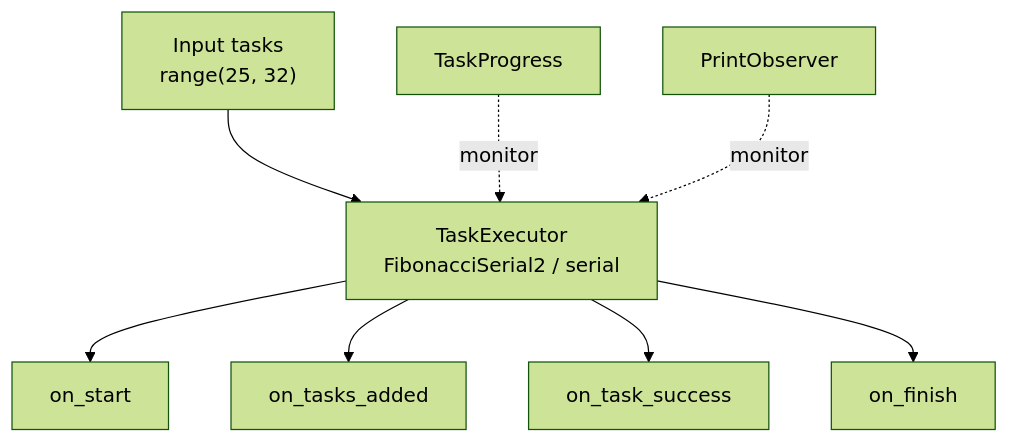
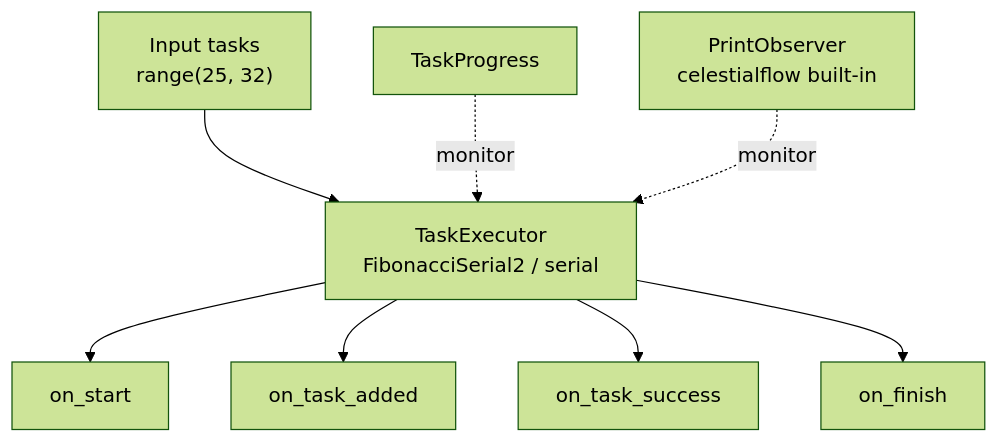
The diagram in docs/en/demo/demo_observer.md (Mr-xiaotian/CelestialFlow), drawn with Mermaid (forest theme) before and after one commit. The commit also changed other lines of this file and 211 other files, not shown here.

````diff
--- a/docs/en/demo/demo_observer.md
+++ b/docs/en/demo/demo_observer.md
@@ -25,10 +25,10 @@
 ```mermaid
 flowchart TB
     Input["Input tasks<br/>range(25, 32)"] --> Executor["TaskExecutor<br/>FibonacciSerial2 / serial"]
     Progress["TaskProgress"] -.monitor.-> Executor
-    Custom["PrintObserver"] -.monitor.-> Executor
+    Custom["PrintObserver<br/>celestialflow built-in"] -.monitor.-> Executor
     Executor --> Start["on_start"]
-    Executor --> Added["on_tasks_added"]
+    Executor --> Added["on_task_added"]
     Executor --> Success["on_task_success"]
     Executor --> Finish["on_finish"]
 ```
````
